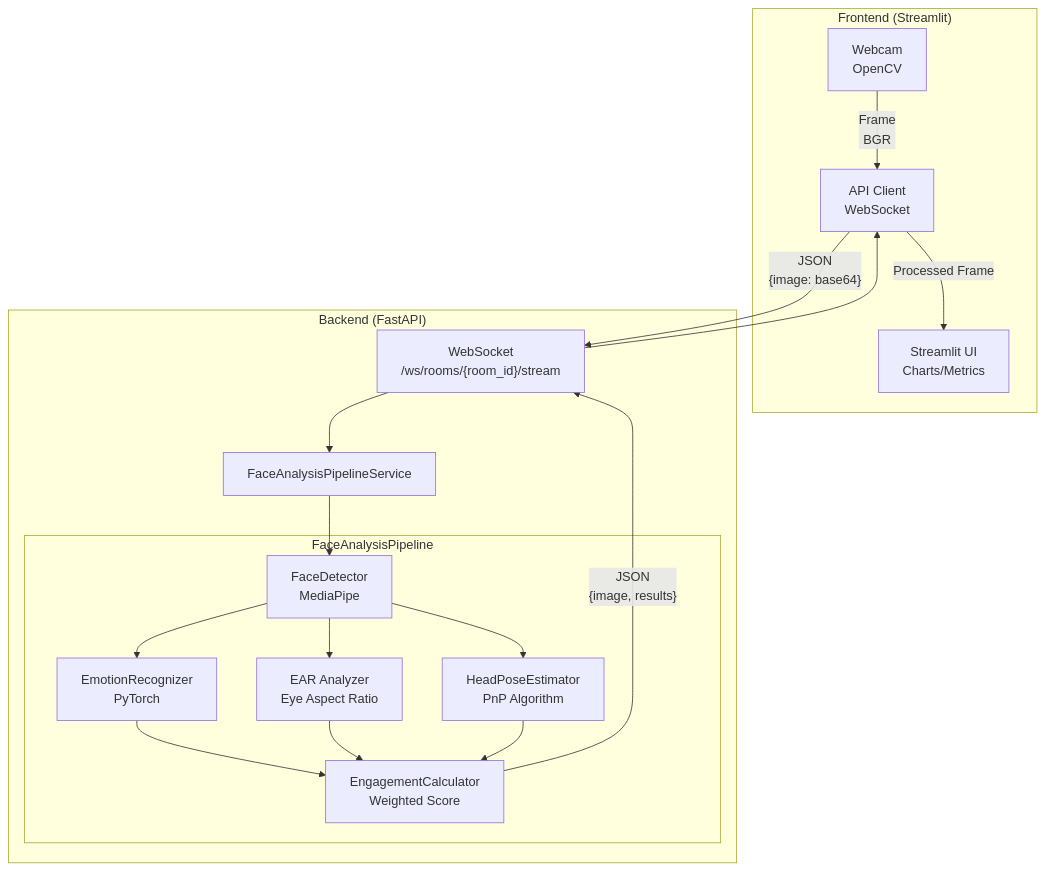
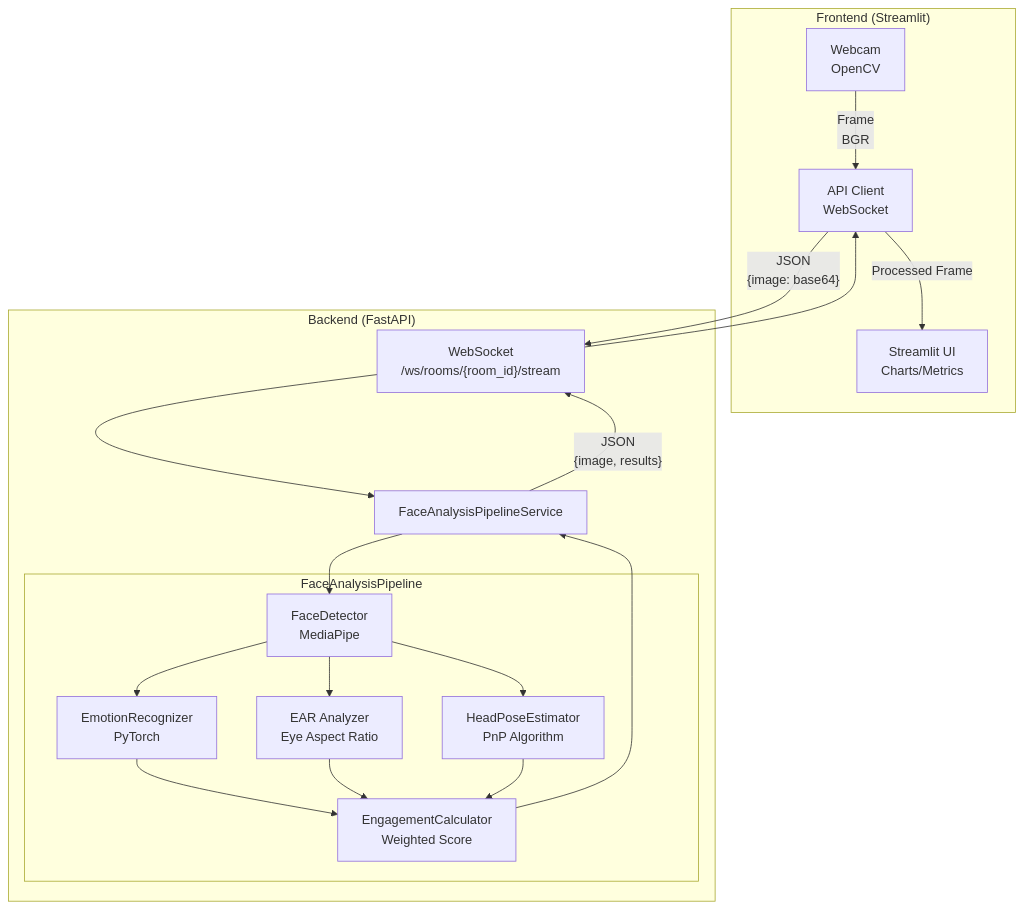
One commit to vladislav-serdyuk/determining-the-degree-of-involvement changed the diagram in README.md. Above: the diagram before and after it, drawn with Mermaid. The commit also changed other lines of this file, not shown here.

````diff
--- a/README.md
+++ b/README.md
@@ -107,35 +111,36 @@
 ```mermaid
 flowchart TB
     subgraph Frontend["Frontend (Streamlit)"]
         Cam["Webcam<br/>OpenCV"]
         Client["API Client<br/>WebSocket"]
         UI["Streamlit UI<br/>Charts/Metrics"]
     end
     
     subgraph Backend["Backend (FastAPI)"]
         WS["WebSocket<br/>/ws/rooms/{room_id}/stream"]
         Service["FaceAnalysisPipelineService"]
         
         subgraph Pipeline["FaceAnalysisPipeline"]
             FD["FaceDetector<br/>MediaPipe"]
             ER["EmotionRecognizer<br/>PyTorch"]
             EAR["EAR Analyzer<br/>Eye Aspect Ratio"]
             HP["HeadPoseEstimator<br/>PnP Algorithm"]
             EC["EngagementCalculator<br/>Weighted Score"]
         end
     end
     
     Cam -->|"Frame<br/>BGR"| Client
     Client -->|"JSON<br/>{image: base64}"| WS
     WS --> Service
     Service --> FD
     FD --> ER
     FD --> EAR
     FD --> HP
     ER --> EC
     EAR --> EC
     HP --> EC
-    EC -->|"JSON<br/>{image, results}"| WS
+    EC --> Service
+    Service -->|"JSON<br/>{image, results}"| WS
     WS --> Client
     Client -->|"Processed Frame"| UI
 ```
````
